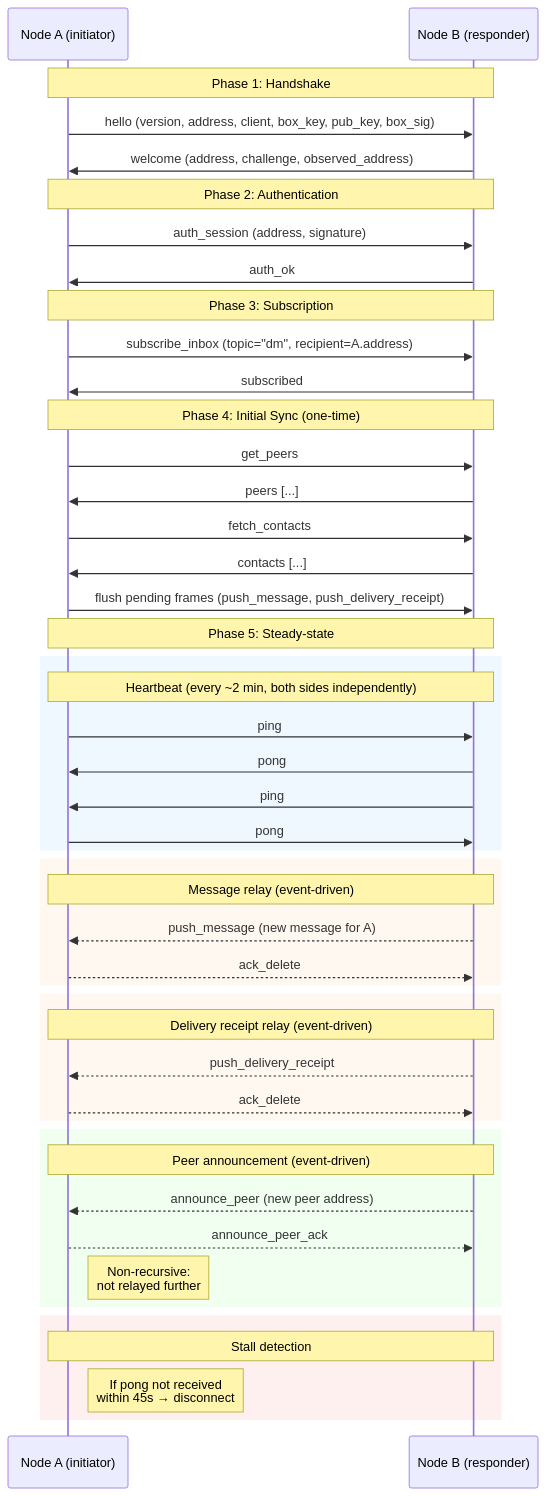
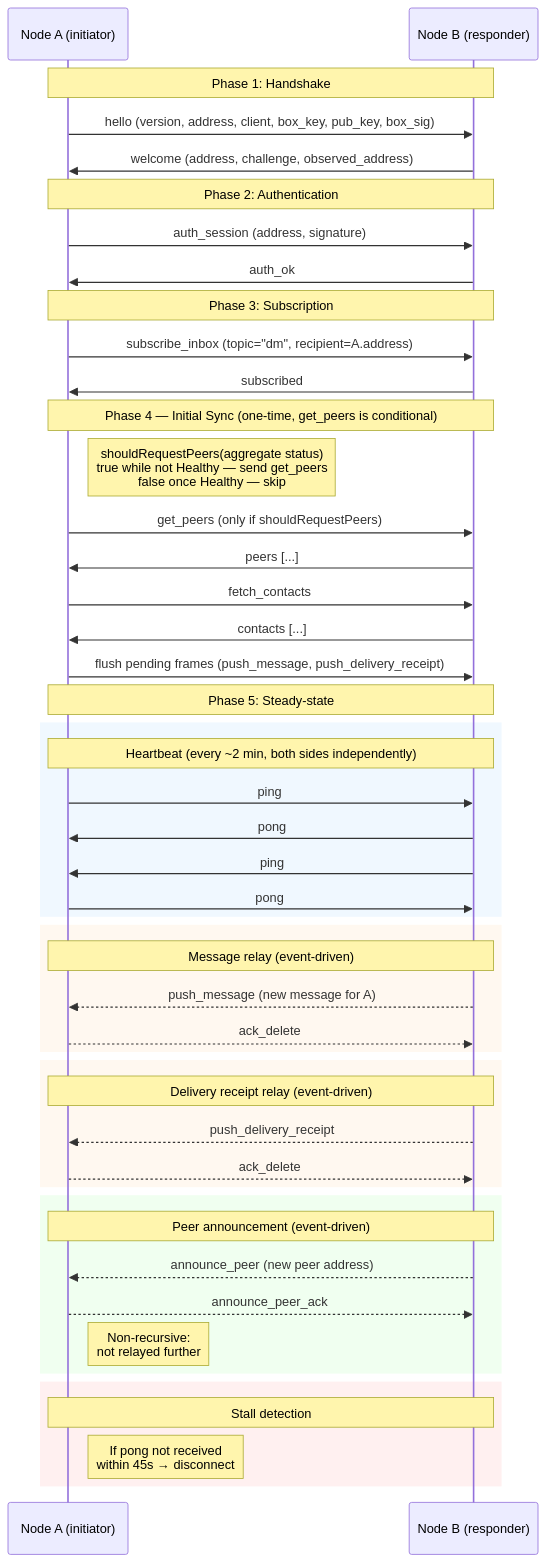
The fourth of 18 diagrams in docs/mesh.md (piratecash/corsa), drawn with Mermaid before and after one commit. The commit also changed other lines of this file and 24 other files, not shown here.

````diff
--- a/docs/mesh.md
+++ b/docs/mesh.md
@@ -175,63 +182,64 @@
 ```mermaid
 sequenceDiagram
     participant A as Node A (initiator)
     participant B as Node B (responder)
 
     Note over A,B: Phase 1: Handshake
 
     A->>B: hello (version, address, client, box_key, pub_key, box_sig)
     B->>A: welcome (address, challenge, observed_address)
 
     Note over A,B: Phase 2: Authentication
 
     A->>B: auth_session (address, signature)
     B->>A: auth_ok
 
     Note over A,B: Phase 3: Subscription
 
     A->>B: subscribe_inbox (topic="dm", recipient=A.address)
     B->>A: subscribed
 
-    Note over A,B: Phase 4: Initial Sync (one-time)
+    Note over A,B: Phase 4 — Initial Sync (one-time, get_peers is conditional)
 
-    A->>B: get_peers
+    Note right of A: shouldRequestPeers(aggregate status)<br/>true while not Healthy — send get_peers<br/>false once Healthy — skip
+    A->>B: get_peers (only if shouldRequestPeers)
     B->>A: peers [...]
     A->>B: fetch_contacts
     B->>A: contacts [...]
 
     A->>B: flush pending frames (push_message, push_delivery_receipt)
 
     Note over A,B: Phase 5: Steady-state
 
     rect rgb(240, 248, 255)
         Note over A,B: Heartbeat (every ~2 min, both sides independently)
         A->>B: ping
         B->>A: pong
         B->>A: ping
         A->>B: pong
     end
 
     rect rgb(255, 248, 240)
         Note over A,B: Message relay (event-driven)
         B-->>A: push_message (new message for A)
         A-->>B: ack_delete
     end
 
     rect rgb(255, 248, 240)
         Note over A,B: Delivery receipt relay (event-driven)
         B-->>A: push_delivery_receipt
         A-->>B: ack_delete
     end
 
     rect rgb(240, 255, 240)
         Note over A,B: Peer announcement (event-driven)
         B-->>A: announce_peer (new peer address)
         A-->>B: announce_peer_ack
         Note right of A: Non-recursive:<br/>not relayed further
     end
 
     rect rgb(255, 240, 240)
         Note over A,B: Stall detection
         Note right of A: If pong not received<br/>within 45s → disconnect
     end
 ```
````
